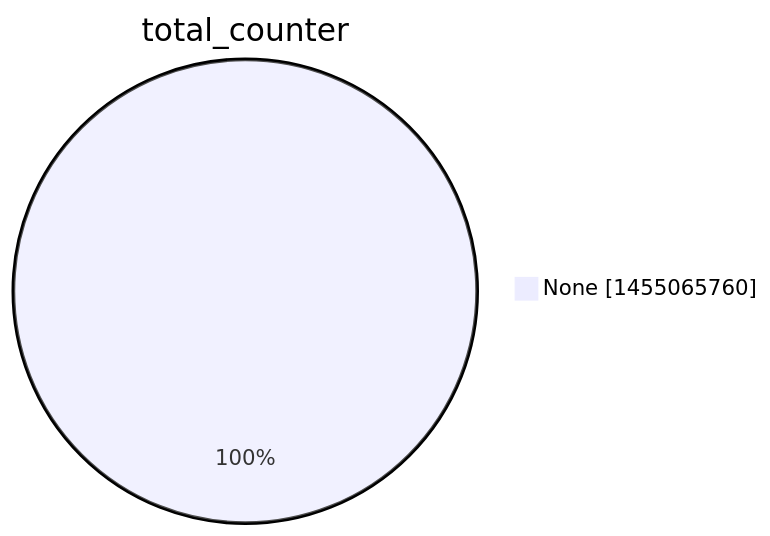
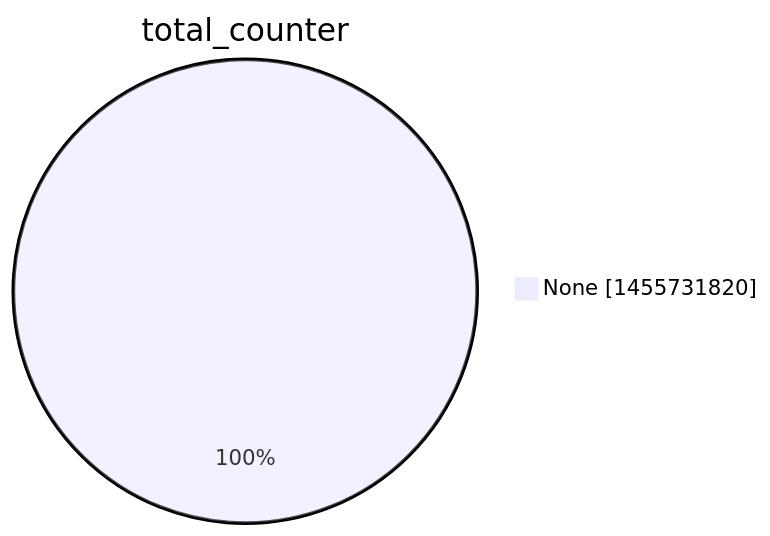
The second of 15 diagrams in argon2022/README.md (christiankrug/ctmonitor_visualization), drawn with Mermaid before and after one commit. The commit also changed other lines of this file, not shown here.

````diff
--- a/argon2022/README.md
+++ b/argon2022/README.md
@@ -9,5 +9,5 @@
 ```mermaid
 pie showData
 title total_counter
-"None" :1455065760
+"None" :1455731820
 ```
````
